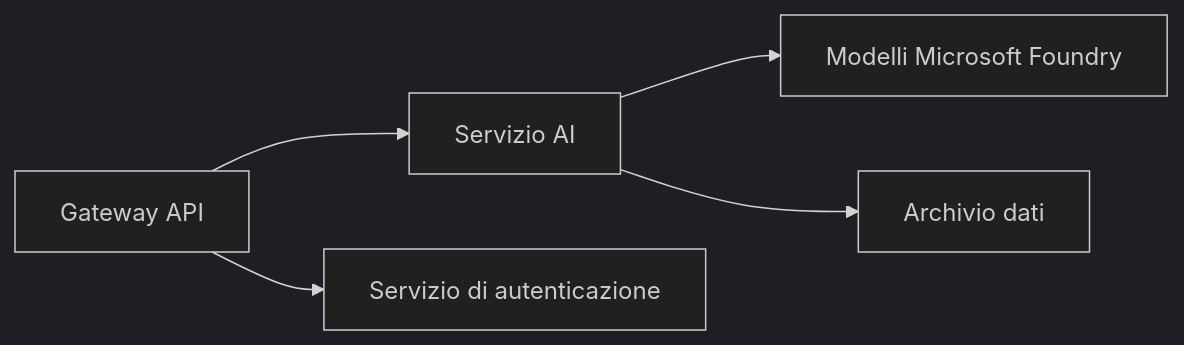
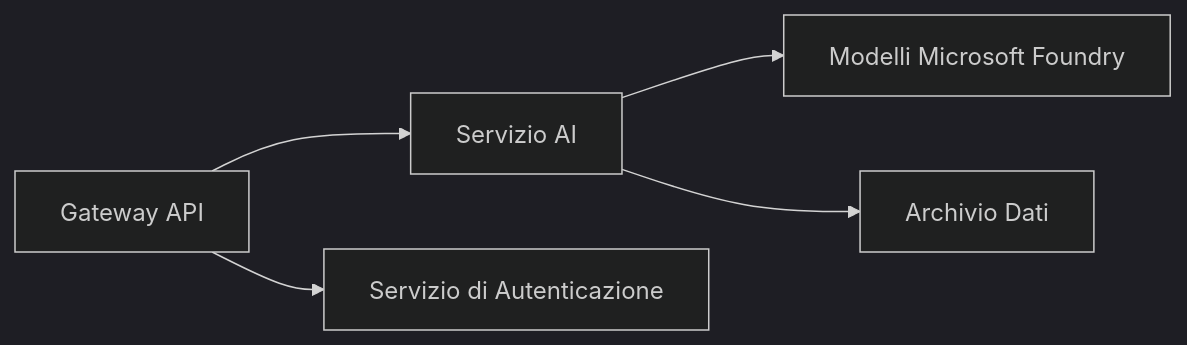
Before and after one commit to microsoft/AZD-for-beginners: the first of 2 diagrams in translations/it/docs/chapter-08-production/README.md, drawn with Mermaid (dark theme). The commit also changed other lines of this file and 104 other files, not shown here.

````diff
--- a/translations/it/docs/chapter-08-production/README.md
+++ b/translations/it/docs/chapter-08-production/README.md
@@ -48,6 +48,6 @@
 ```mermaid
 graph LR
     Gateway[Gateway API] --> AI[Servizio AI] --> Models[Modelli Microsoft Foundry]
-    Gateway --> Auth[Servizio di autenticazione]
-    AI --> Data[Archivio dati]
+    Gateway --> Auth[Servizio di Autenticazione]
+    AI --> Data[Archivio Dati]
 ```
````
